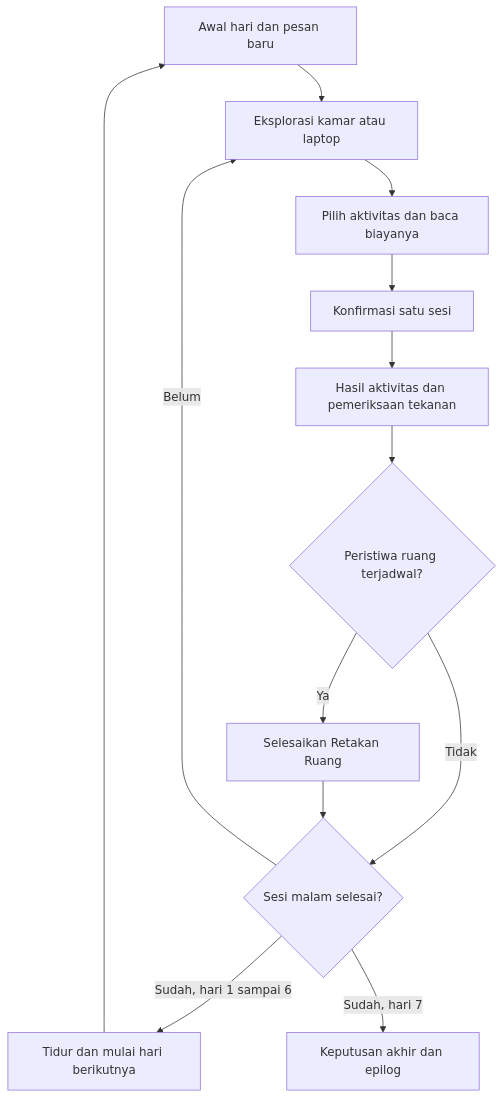
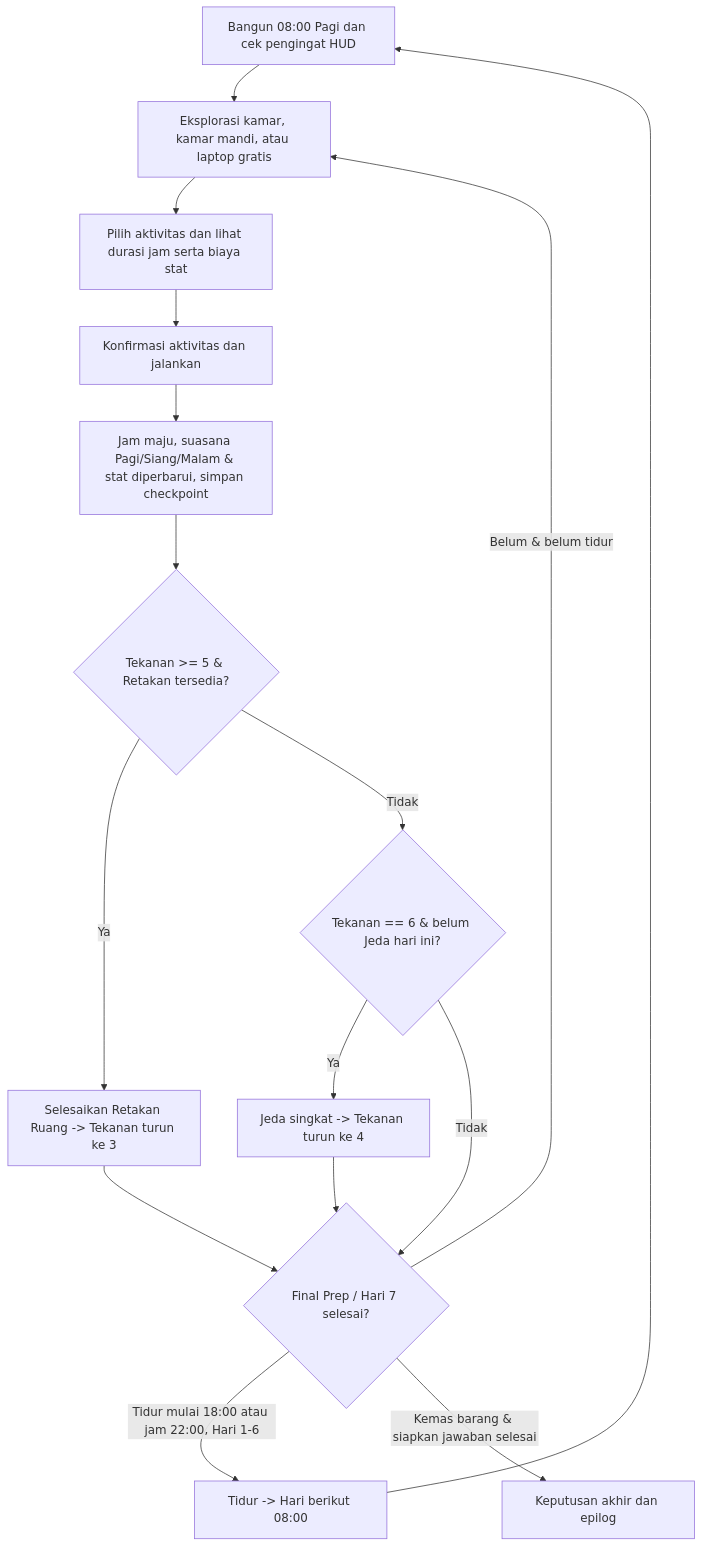
One commit to minouse3/sela changed the first of 2 diagrams in Docs/GDD.md. Above: the diagram before and after it, drawn with Mermaid. The commit also changed other lines of this file and 13 other files, not shown here.

````diff
--- a/Docs/GDD.md
+++ b/Docs/GDD.md
@@ -102,15 +102,18 @@
 ```mermaid
 flowchart TD
-    A[Awal hari dan pesan baru] --> B[Eksplorasi kamar atau laptop]
-    B --> C[Pilih aktivitas dan baca biayanya]
-    C --> D[Konfirmasi satu sesi]
-    D --> E[Hasil aktivitas dan pemeriksaan tekanan]
-    E --> F{Peristiwa ruang terjadwal?}
-    F -->|Ya| G[Selesaikan Retakan Ruang]
-    F -->|Tidak| H{Sesi malam selesai?}
-    G --> H
-    H -->|Belum| B
-    H -->|Sudah, hari 1 sampai 6| I[Tidur dan mulai hari berikutnya]
+    A[Bangun 08:00 Pagi dan cek pengingat HUD] --> B[Eksplorasi kamar, kamar mandi, atau laptop gratis]
+    B --> C[Pilih aktivitas dan lihat durasi jam serta biaya stat]
+    C --> D[Konfirmasi aktivitas dan jalankan]
+    D --> E[Jam maju, suasana Pagi/Siang/Malam & stat diperbarui, simpan checkpoint]
+    E --> F{Tekanan >= 5 & Retakan tersedia?}
+    F -->|Ya| G[Selesaikan Retakan Ruang -> Tekanan turun ke 3]
+    F -->|Tidak| H{Tekanan == 6 & belum Jeda hari ini?}
+    H -->|Ya| J1[Jeda singkat -> Tekanan turun ke 4]
+    H -->|Tidak| K{Final Prep / Hari 7 selesai?}
+    G --> K
+    J1 --> K
+    K -->|Belum & belum tidur| B
+    K -->|Tidur mulai 18:00 atau jam 22:00, Hari 1-6| I[Tidur -> Hari berikut 08:00]
     I --> A
-    H -->|Sudah, hari 7| J[Keputusan akhir dan epilog]
+    K -->|Kemas barang & siapkan jawaban selesai| J[Keputusan akhir dan epilog]
 ```
````
